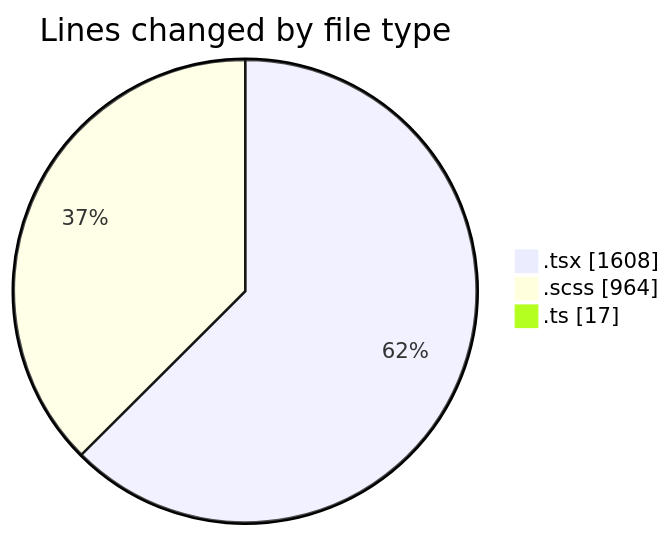
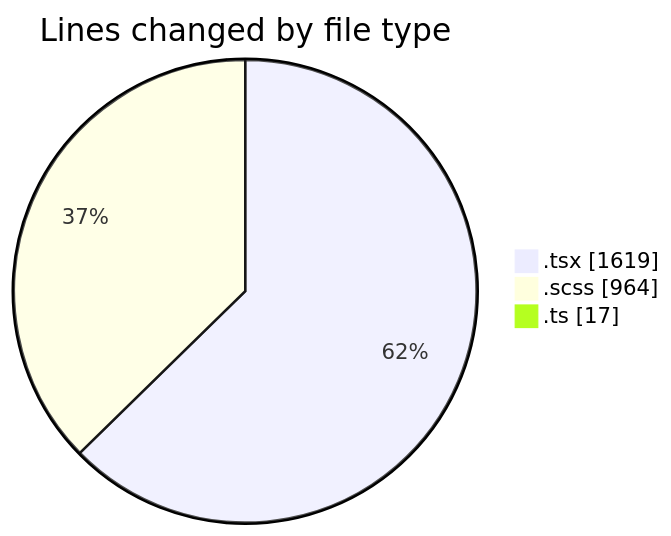
One commit to momahboobian/code-tracking changed the first of 2 diagrams in 2025-09-19/cda/README.md. Above: the diagram before and after it, drawn with Mermaid. The commit also changed other lines of this file and 1 other file, not shown here.

````diff
--- a/2025-09-19/cda/README.md
+++ b/2025-09-19/cda/README.md
@@ -26,7 +26,7 @@
 ```mermaid
 pie showData
 title Lines changed by file type
-".tsx" : 1608
+".tsx" : 1619
 ".scss" : 964
 ".ts" : 17
 ```
````
